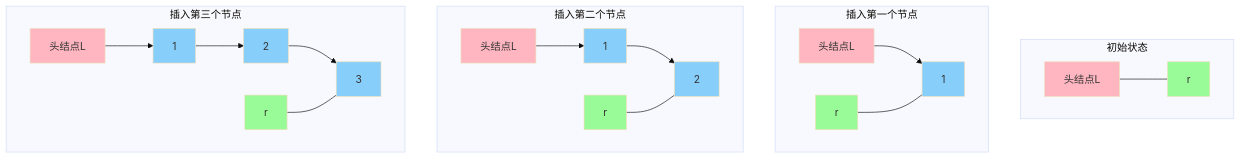
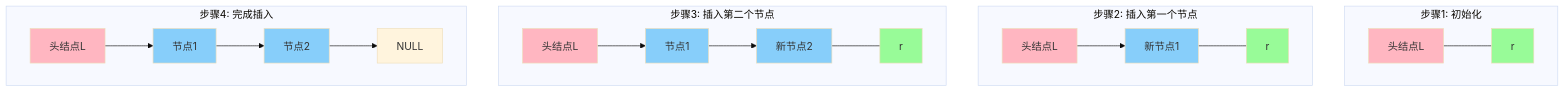
Before and after one commit to vrkim42/stackedit-app-data: the second of 2 diagrams in 考研新坑/考研408 - 150分/数据结构 - 45分/线性表/尾插法讲解.md, drawn with Mermaid (base theme). The commit also changed other lines of this file, not shown here.

````diff
--- a/考研新坑/考研408 - 150分/数据结构 - 45分/线性表/尾插法讲解.md
+++ b/考研新坑/考研408 - 150分/数据结构 - 45分/线性表/尾插法讲解.md
@@ -66,38 +70,37 @@
 ```mermaid
 graph TD
-    subgraph "初始状态"
-        H1[头结点L] 
-        R1[r]
-        H1 --- R1
-        style H1 fill:#FFB6C1
-        style R1 fill:#98FB98
+    subgraph "步骤1: 初始化"
+        A1[头结点L] 
+        B1[r]
+        A1 --- B1
+        style A1 fill:#FFB6C1
+        style B1 fill:#98FB98
     end
 
-    subgraph "插入第一个节点"
-        H2[头结点L] --> N1[1]
-        R2[r] --- N1
-        style H2 fill:#FFB6C1
-        style N1 fill:#87CEFA
-        style R2 fill:#98FB98
+    subgraph "步骤2: 插入第一个节点"
+        A2[头结点L] --> C2[新节点1]
+        D2[r]
+        C2 --- D2
+        style A2 fill:#FFB6C1
+        style C2 fill:#87CEFA
+        style D2 fill:#98FB98
     end
 
-    subgraph "插入第二个节点"
-        H3[头结点L] --> N2[1] --> N3[2]
-        R3[r] --- N3
-        style H3 fill:#FFB6C1
-        style N2 fill:#87CEFA
-        style N3 fill:#87CEFA
-        style R3 fill:#98FB98
+    subgraph "步骤3: 插入第二个节点"
+        A3[头结点L] --> C3[节点1] --> E3[新节点2]
+        F3[r]
+        E3 --- F3
+        style A3 fill:#FFB6C1
+        style C3 fill:#87CEFA
+        style E3 fill:#87CEFA
+        style F3 fill:#98FB98
     end
 
-    subgraph "插入第三个节点"
-        H4[头结点L] --> N4[1] --> N5[2] --> N6[3]
-        R4[r] --- N6
-        style H4 fill:#FFB6C1
-        style N4 fill:#87CEFA
-        style N5 fill:#87CEFA
-        style N6 fill:#87CEFA
-        style R4 fill:#98FB98
+    subgraph "步骤4: 完成插入"
+        A4[头结点L] --> C4[节点1] --> E4[节点2] --> G4[NULL]
+        style A4 fill:#FFB6C1
+        style C4 fill:#87CEFA
+        style E4 fill:#87CEFA
     end
 
 ```
````
